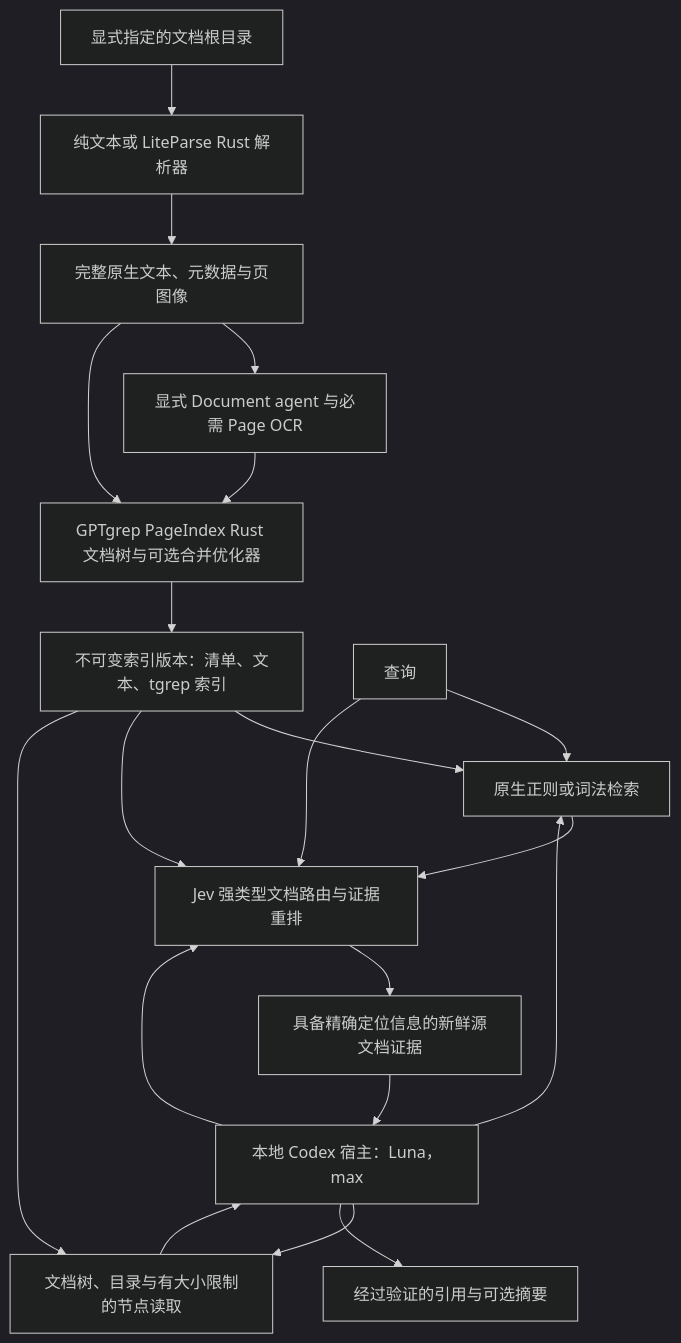
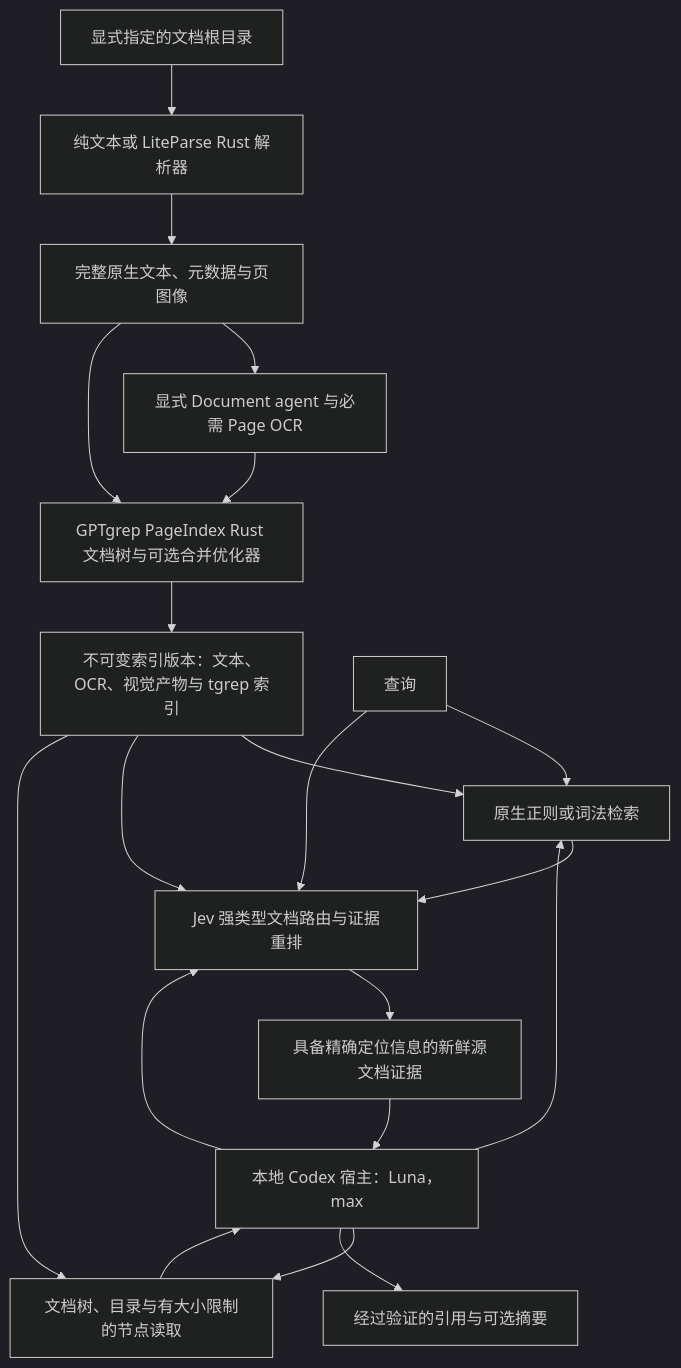
One commit to lwyBZss8924d/gptgrep changed the diagram in docs/architecture.zh-CN.md. Above: the diagram before and after it, drawn with Mermaid (dark theme). The commit also changed other lines of this file and 2 other files, not shown here.

First line of the commit message:
docs(architecture): bring zh-CN/ja in line and record the reader contract

````diff
--- a/docs/architecture.zh-CN.md
+++ b/docs/architecture.zh-CN.md
@@ -9,22 +9,22 @@
 ```mermaid
 flowchart TD
   A[显式指定的文档根目录] --> B[纯文本或 LiteParse Rust 解析器]
   B --> C[完整原生文本、元数据与页图像]
   C --> P[显式 Document agent 与必需 Page OCR]
   P --> D
   C --> D[GPTgrep PageIndex Rust 文档树与可选合并优化器]
-  D --> E[不可变索引版本：清单、文本、tgrep 索引]
+  D --> E[不可变索引版本：文本、OCR、视觉产物与 tgrep 索引]
   Q[查询] --> F[原生正则或词法检索]
   E --> F
   Q --> G[Jev 强类型文档路由与证据重排]
   E --> G
   F --> G
   G --> H[具备精确定位信息的新鲜源文档证据]
   I[本地 Codex 宿主：Luna，max] --> F
   I --> G
   I --> J[文档树、目录与有大小限制的节点读取]
   E --> J
   H --> I
   J --> I
   I --> K[经过验证的引用与可选摘要]
 ```
````
